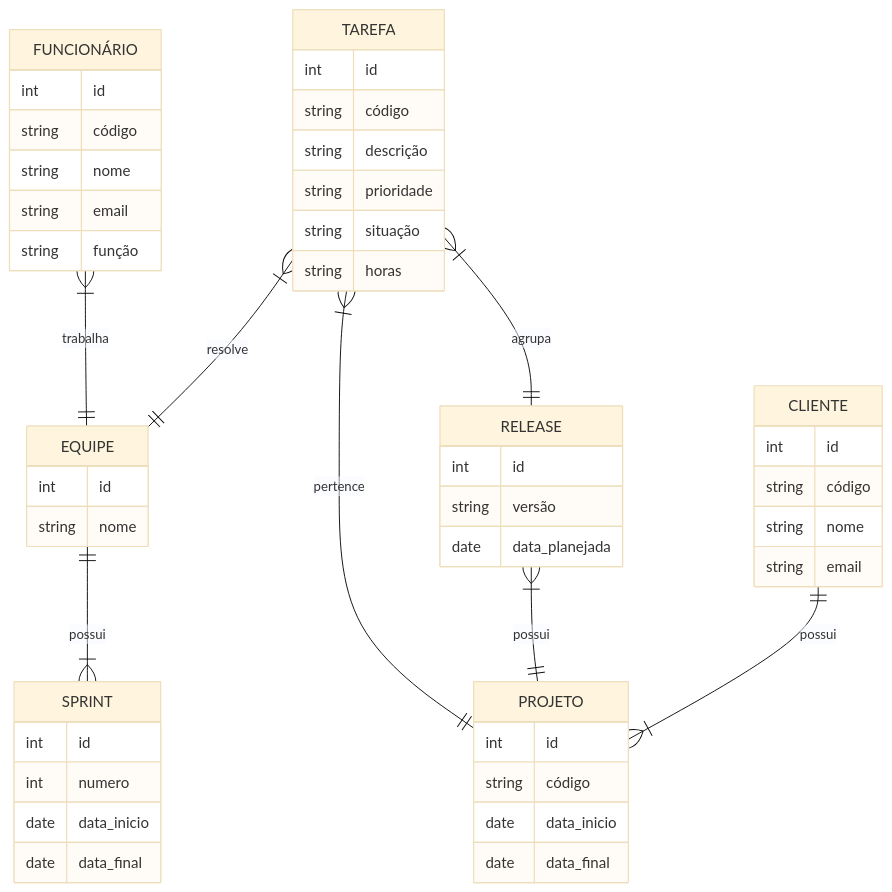
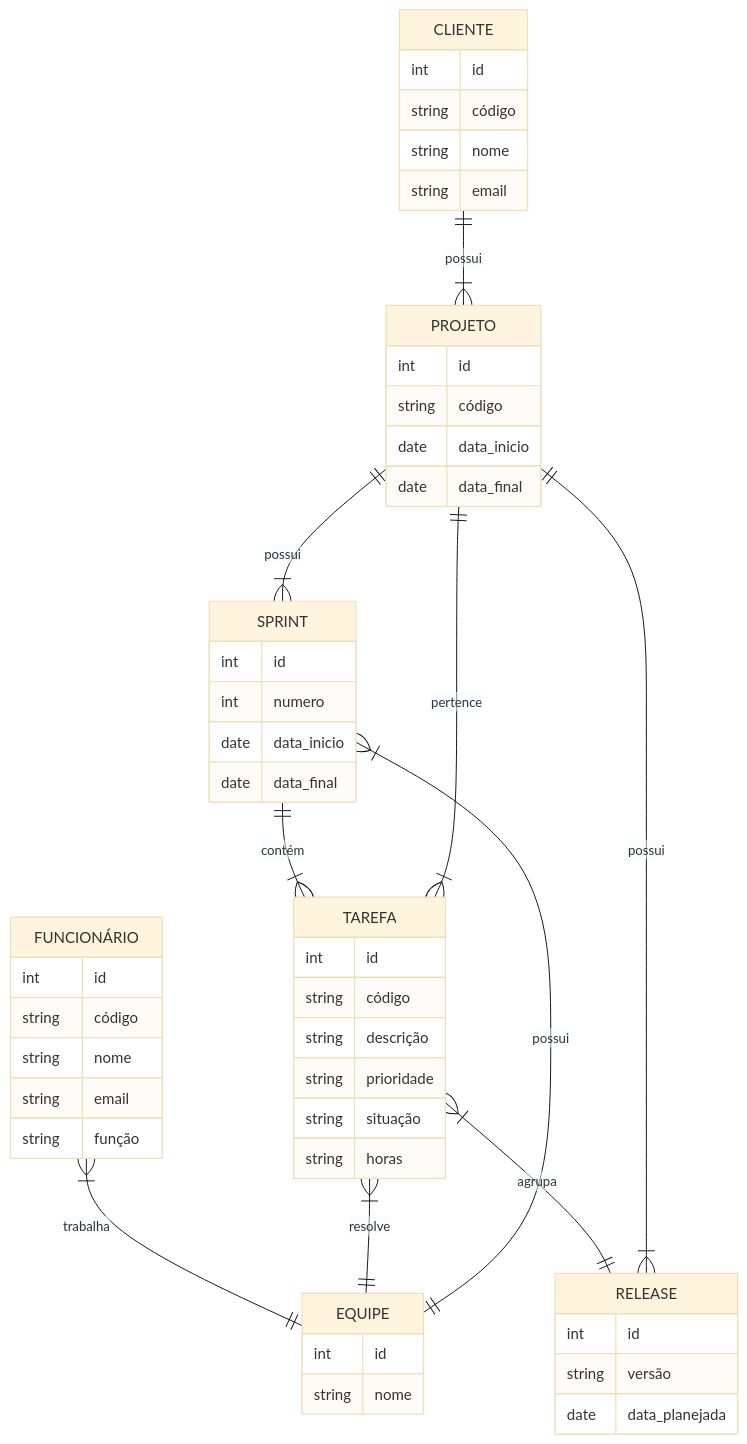
One commit to ThomasReyel/bsi-tasks-thomas changed the first of 2 diagrams in database/20262/ThomasReyel/tarefa02.md. Above: the diagram before and after it, drawn with Mermaid (base theme). The commit also changed other lines of this file, not shown here.

````diff
--- a/database/20262/ThomasReyel/tarefa02.md
+++ b/database/20262/ThomasReyel/tarefa02.md
@@ -23,66 +23,68 @@
 ```mermaid
 erDiagram
 
 CLIENTE{
 
   int id
   string código
   string nome
   string email
 }
 
 FUNCIONÁRIO{
 
   int id
   string código
   string nome
   string email
   string função
 }
 
 TAREFA{
 
   int id
   string código
   string descrição
   string prioridade
   string situação
   string horas
 }
 
 SPRINT {
 
   int id
   int numero
   date data_inicio
   date data_final
 }
 
 RELEASE {
 
   int id
   string versão
   date data_planejada
 }
 EQUIPE{
 
   int id
   string nome
 }
 
 PROJETO{
 
   int id
   string código
   date data_inicio
   date data_final
 }
 
 FUNCIONÁRIO }|--|| EQUIPE : trabalha
 TAREFA }|--|| EQUIPE : resolve
 TAREFA }|--|| PROJETO : pertence
 EQUIPE ||--|{ SPRINT : possui
 TAREFA }|--|| RELEASE : agrupa
 RELEASE }|--|| PROJETO : possui
 CLIENTE ||--|{ PROJETO : possui
+SPRINT ||--|{ TAREFA : contém
+PROJETO ||--|{ SPRINT : possui
 ```
````
